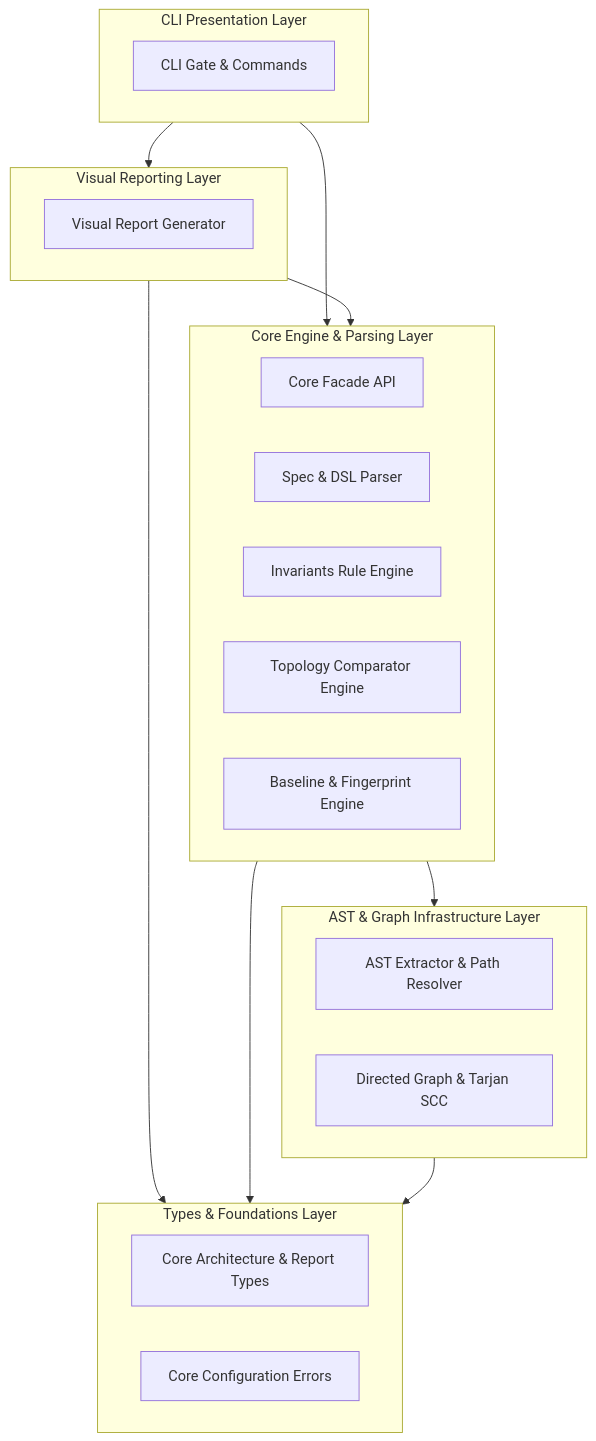
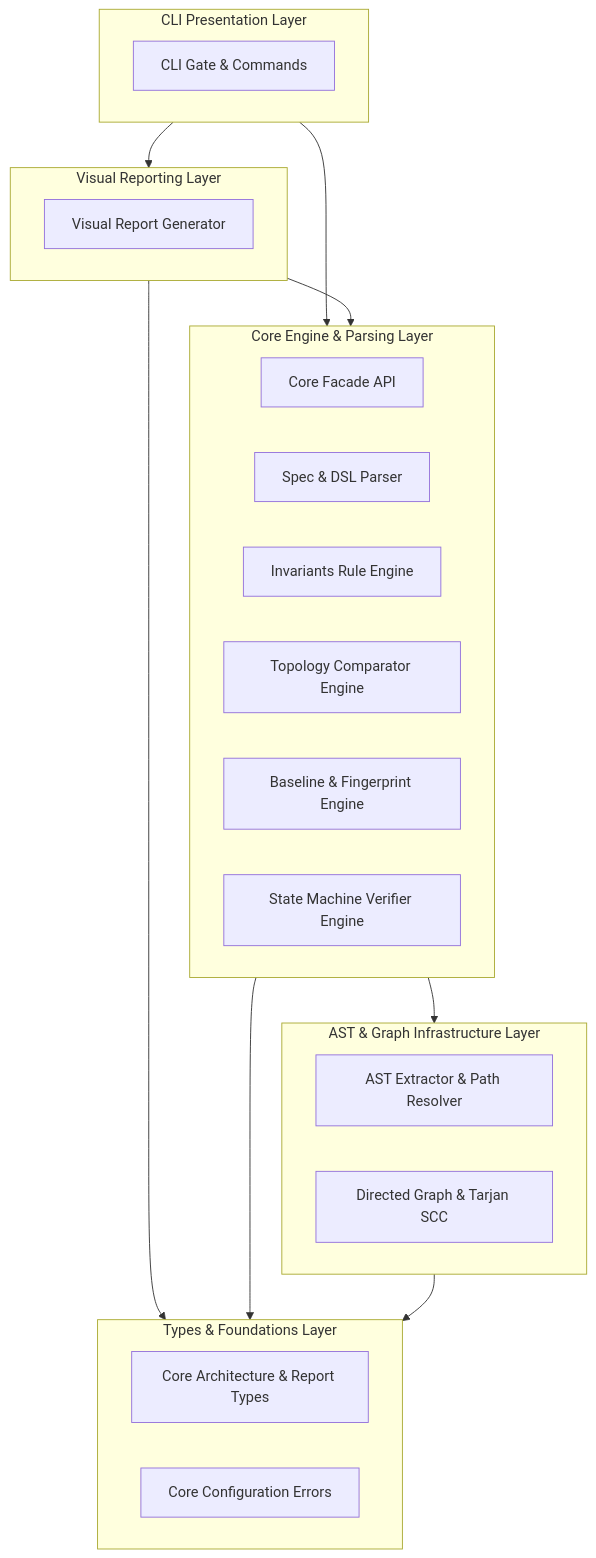
The first of 2 diagrams in ARCHITECTURE.md (blacktea1526/SextantDrift), drawn with Mermaid before and after one commit. The commit also changed other lines of this file and 22 other files, not shown here.

Commit message:
feat(core): implement Phase 3 State Verifier (Mermaid parsing, deadlock, island, and fallback checks)

````diff
--- a/ARCHITECTURE.md
+++ b/ARCHITECTURE.md
@@ -11,32 +11,33 @@
 ```mermaid
 flowchart TD
     subgraph cli ["CLI Presentation Layer"]
         CliGate["CLI Gate & Commands"]
     end
     subgraph reporting ["Visual Reporting Layer"]
         WebReport["Visual Report Generator"]
     end
     subgraph engine ["Core Engine & Parsing Layer"]
         CoreFacade["Core Facade API"]
         SpecParser["Spec & DSL Parser"]
         InvariantsEngine["Invariants Rule Engine"]
         ComparatorEngine["Topology Comparator Engine"]
         BaselineEngine["Baseline & Fingerprint Engine"]
+        StateEngine["State Machine Verifier Engine"]
     end
     subgraph infrastructure ["AST & Graph Infrastructure Layer"]
         AstAnalyzer["AST Extractor & Path Resolver"]
         GraphAlgorithms["Directed Graph & Tarjan SCC"]
     end
     subgraph contracts ["Types & Foundations Layer"]
         CoreContracts["Core Architecture & Report Types"]
         CoreErrors["Core Configuration Errors"]
     end
 
     cli --> reporting
     cli --> engine
     reporting --> engine
     reporting --> contracts
     engine --> infrastructure
     engine --> contracts
     infrastructure --> contracts
 ```
````
